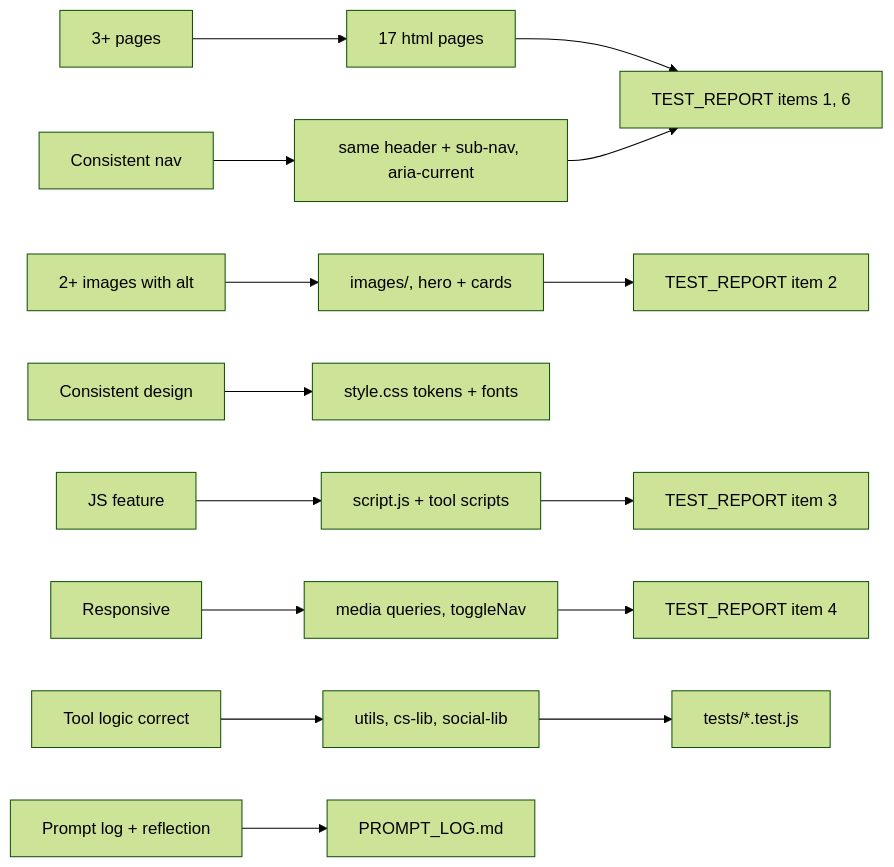
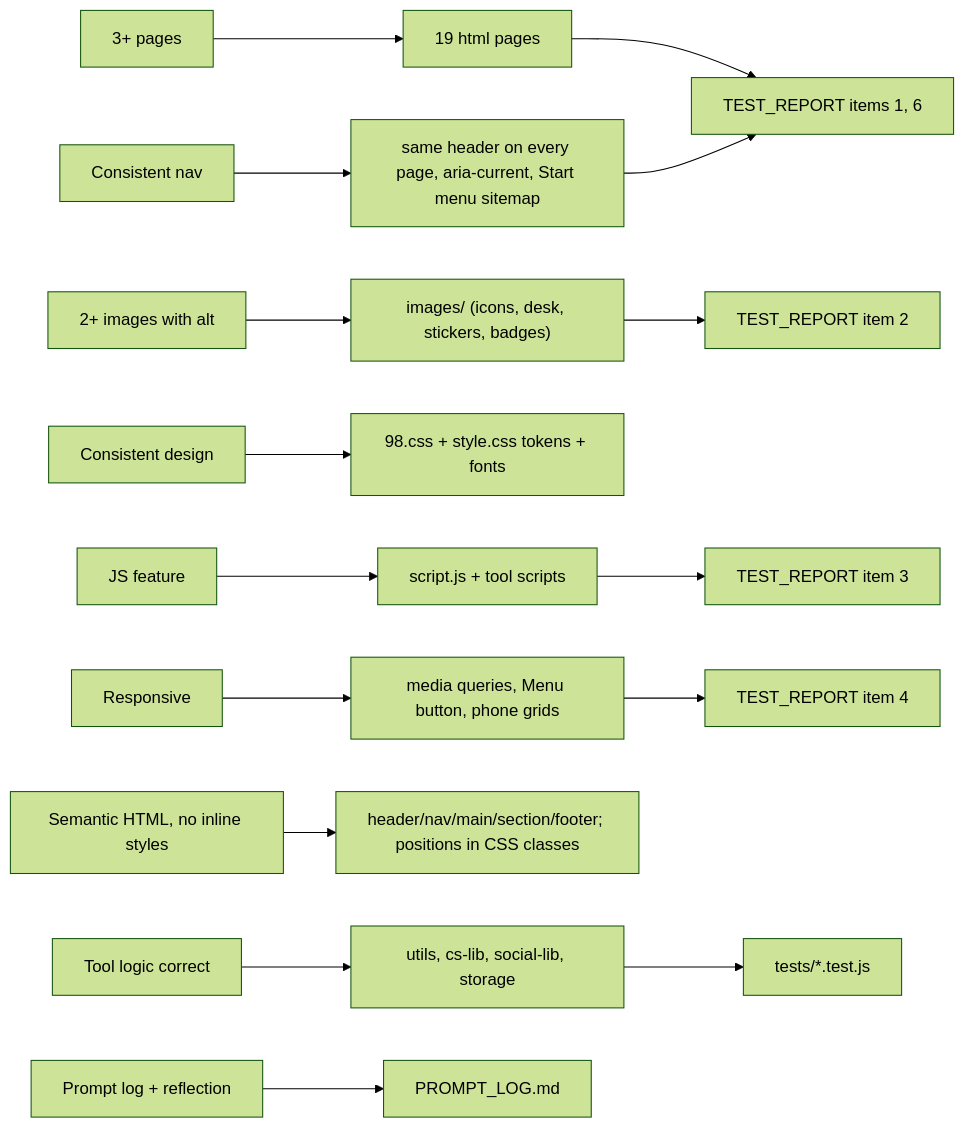
One commit to ChrisMedkit/CS-235-IntroToAI changed diagram 12 of 12 in DIAGRAM.md. Above: the diagram before and after it, drawn with Mermaid (forest theme). The commit also changed other lines of this file and 68 other files, not shown here.

First line of the commit message:
Indie-web redesign: 98.css, taskbar, Tools desktop, splash, stickers, Me, Friends

````diff
--- a/DIAGRAM.md
+++ b/DIAGRAM.md
@@ -167,16 +208,17 @@
 ```mermaid
 flowchart LR
-  R1["3+ pages"] --> C1["17 html pages"]
-  R2["Consistent nav"] --> C2["same header + sub-nav, aria-current"]
-  R3["2+ images with alt"] --> C3["images/, hero + cards"]
-  R4["Consistent design"] --> C4["style.css tokens + fonts"]
+  R1["3+ pages"] --> C1["19 html pages"]
+  R2["Consistent nav"] --> C2["same header on every page, aria-current, Start menu sitemap"]
+  R3["2+ images with alt"] --> C3["images/ (icons, desk, stickers, badges)"]
+  R4["Consistent design"] --> C4["98.css + style.css tokens + fonts"]
   R5["JS feature"] --> C5["script.js + tool scripts"]
-  R6["Responsive"] --> C6["media queries, toggleNav"]
-  R7["Tool logic correct"] --> C7["utils, cs-lib, social-lib"]
-  C7 --> T1["tests/*.test.js"]
+  R6["Responsive"] --> C6["media queries, Menu button, phone grids"]
+  R7["Semantic HTML, no inline styles"] --> C7["header/nav/main/section/footer; positions in CSS classes"]
+  R8["Tool logic correct"] --> C8["utils, cs-lib, social-lib, storage"]
+  C8 --> T1["tests/*.test.js"]
   C5 --> T2["TEST_REPORT item 3"]
   C1 & C2 --> T3["TEST_REPORT items 1, 6"]
   C6 --> T4["TEST_REPORT item 4"]
   C3 --> T5["TEST_REPORT item 2"]
-  R8["Prompt log + reflection"] --> C8["PROMPT_LOG.md"]
+  R9["Prompt log + reflection"] --> C9["PROMPT_LOG.md"]
 ```
````
